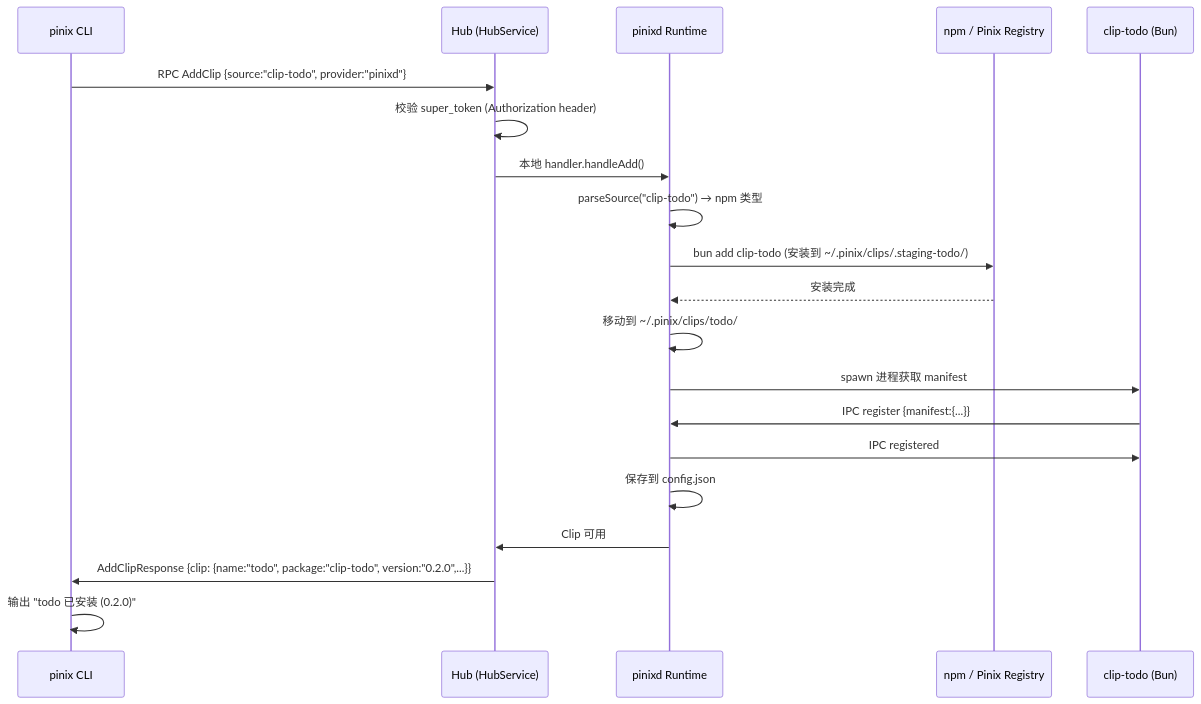
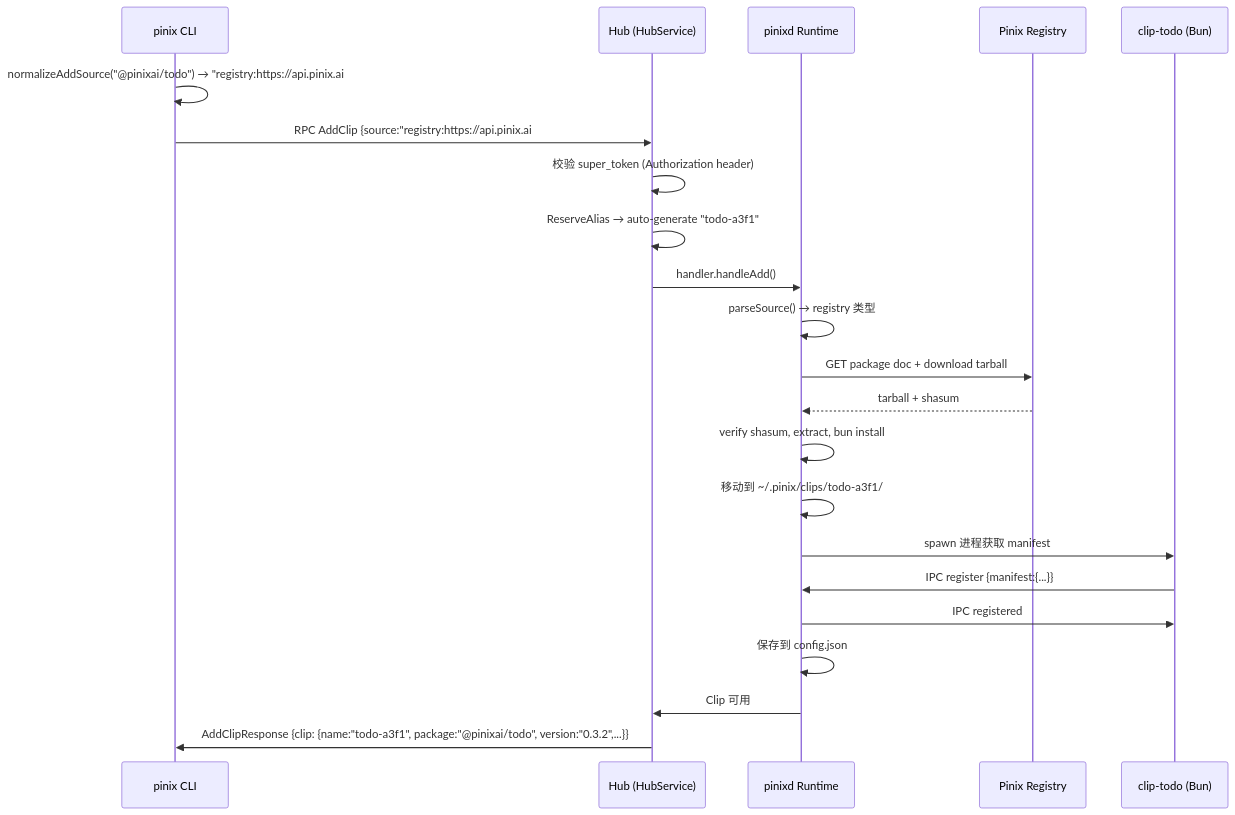
One commit to epiral/pinix changed the seventh of 12 diagrams in docs/protocol.md. Above: the diagram before and after it, drawn with Mermaid. The commit also changed other lines of this file and 3 other files, not shown here.

First line of the commit message:
docs: update architecture, getting-started, clip-development, and protocol docs

````diff
--- a/docs/protocol.md
+++ b/docs/protocol.md
@@ -205,23 +207,25 @@
 ```mermaid
 sequenceDiagram
     participant CLI as pinix CLI
     participant Hub as Hub (HubService)
     participant Runtime as pinixd Runtime
-    participant NPM as npm / Pinix Registry
+    participant Registry as Pinix Registry
     participant Clip as clip-todo (Bun)
 
-    CLI->>Hub: RPC AddClip {source:"clip-todo", provider:"pinixd"}
+    CLI->>CLI: normalizeAddSource("@pinixai/todo") → "registry:https://api.pinix.ai#@pinixai/todo"
+    CLI->>Hub: RPC AddClip {source:"registry:https://api.pinix.ai#@pinixai/todo"}
     Hub->>Hub: 校验 super_token (Authorization header)
-    Hub->>Runtime: 本地 handler.handleAdd()
-    Runtime->>Runtime: parseSource("clip-todo") → npm 类型
-    Runtime->>NPM: bun add clip-todo (安装到 ~/.pinix/clips/.staging-todo/)
-    NPM-->>Runtime: 安装完成
-    Runtime->>Runtime: 移动到 ~/.pinix/clips/todo/
+    Hub->>Hub: ReserveAlias → auto-generate "todo-a3f1"
+    Hub->>Runtime: handler.handleAdd()
+    Runtime->>Runtime: parseSource() → registry 类型
+    Runtime->>Registry: GET package doc + download tarball
+    Registry-->>Runtime: tarball + shasum
+    Runtime->>Runtime: verify shasum, extract, bun install
+    Runtime->>Runtime: 移动到 ~/.pinix/clips/todo-a3f1/
     Runtime->>Clip: spawn 进程获取 manifest
     Clip->>Runtime: IPC register {manifest:{...}}
     Runtime->>Clip: IPC registered
     Runtime->>Runtime: 保存到 config.json
     Runtime->>Hub: Clip 可用
-    Hub->>CLI: AddClipResponse {clip: {name:"todo", package:"clip-todo", version:"0.2.0",...}}
-    CLI->>CLI: 输出 "todo 已安装 (0.2.0)"
+    Hub->>CLI: AddClipResponse {clip: {name:"todo-a3f1", package:"@pinixai/todo", version:"0.3.2",...}}
 ```
````
